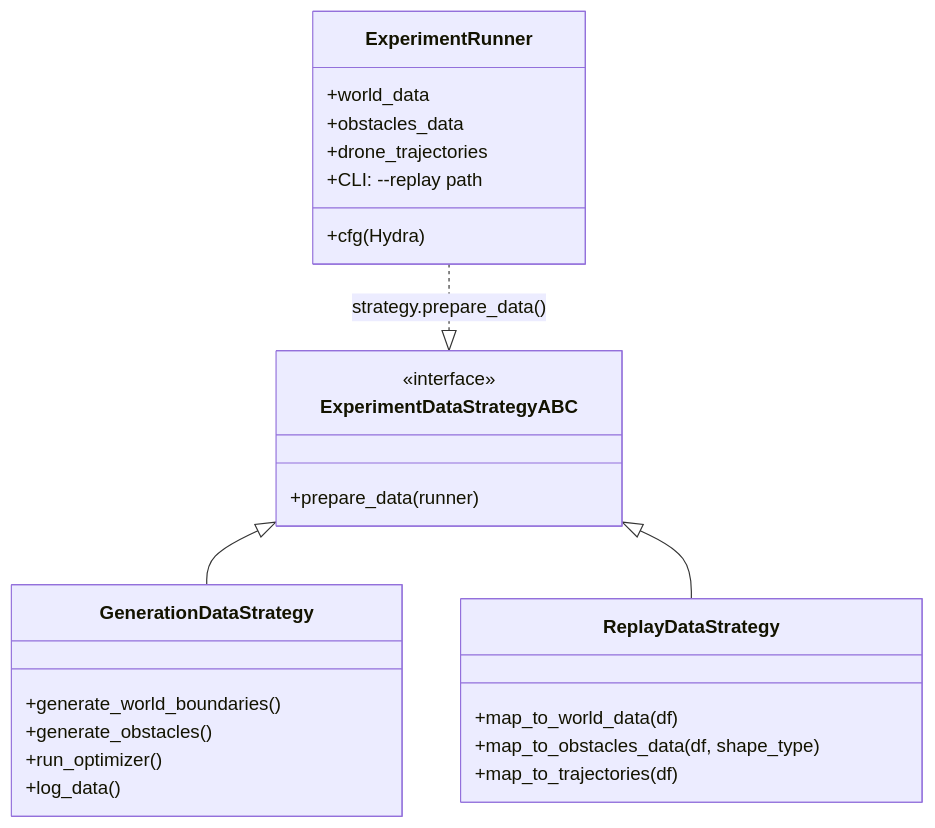
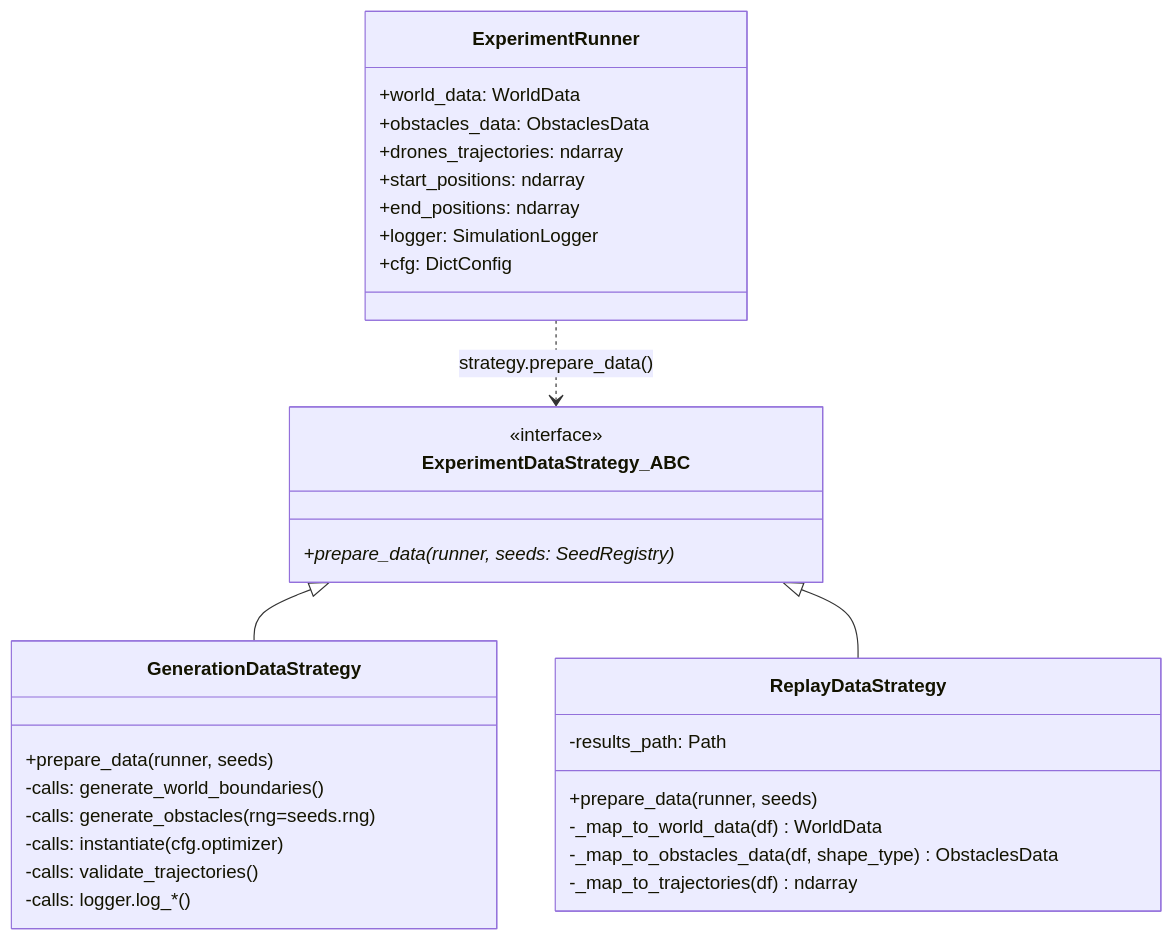
The diagram in src/runner/RUNNER.md (Ebi2626/drone-swarm-simulation), drawn with Mermaid before and after one commit. The commit also changed other lines of this file and 118 other files, not shown here.

Commit message:
Envorionment stabilization and prepare to main run

````diff
--- a/src/runner/RUNNER.md
+++ b/src/runner/RUNNER.md
@@ -72,32 +138,38 @@
 ```mermaid
 classDiagram
-    class ExperimentDataStrategyABC {
+    class ExperimentDataStrategy_ABC {
         <<interface>>
-        +prepare_data(runner)
+        +prepare_data(runner, seeds: SeedRegistry)*
     }
-    
+
     class GenerationDataStrategy {
-        +generate_world_boundaries()
-        +generate_obstacles()
-        +run_optimizer()
-        +log_data()
+        +prepare_data(runner, seeds)
+        -calls: generate_world_boundaries()
+        -calls: generate_obstacles(rng=seeds.rng)
+        -calls: instantiate(cfg.optimizer)
+        -calls: validate_trajectories()
+        -calls: logger.log_*()
     }
-    
+
     class ReplayDataStrategy {
-        +map_to_world_data(df)
-        +map_to_obstacles_data(df, shape_type)
-        +map_to_trajectories(df)
+        -results_path: Path
+        +prepare_data(runner, seeds)
+        -_map_to_world_data(df) WorldData
+        -_map_to_obstacles_data(df, shape_type) ObstaclesData
+        -_map_to_trajectories(df) ndarray
     }
-    
+
     class ExperimentRunner {
-        +world_data
-        +obstacles_data  
-        +drone_trajectories
-        +cfg (Hydra)
-        +CLI: --replay path
+        +world_data: WorldData
+        +obstacles_data: ObstaclesData
+        +drones_trajectories: ndarray
+        +start_positions: ndarray
+        +end_positions: ndarray
+        +logger: SimulationLogger
+        +cfg: DictConfig
     }
-    
-    ExperimentDataStrategyABC <|-- GenerationDataStrategy
-    ExperimentDataStrategyABC <|-- ReplayDataStrategy
-    ExperimentRunner ..|> ExperimentDataStrategyABC : strategy.prepare_data()
+
+    ExperimentDataStrategy_ABC <|-- GenerationDataStrategy
+    ExperimentDataStrategy_ABC <|-- ReplayDataStrategy
+    ExperimentRunner ..> ExperimentDataStrategy_ABC : strategy.prepare_data()
 ```
````
